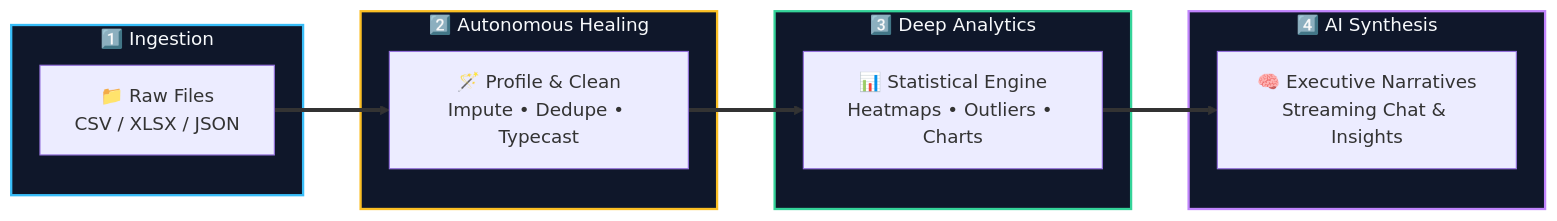
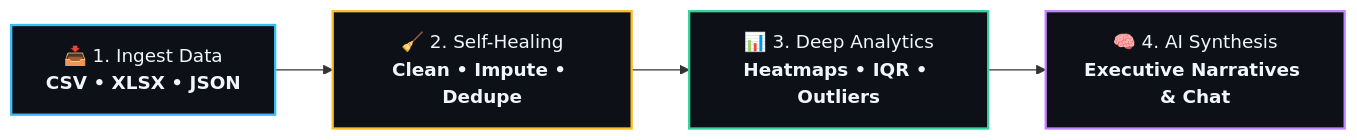
One commit to s1Siddharth/HackMee changed the first of 2 diagrams in README.md. Above: the diagram before and after it, drawn with Mermaid. The commit also changed other lines of this file, not shown here.

Commit message:
docs: Redesign README with bold UI-matched capabilities, custom headers, and sleek flowcharts

````diff
--- a/README.md
+++ b/README.md
@@ -94,25 +102,12 @@
 ```mermaid
 flowchart LR
-    subgraph S1 ["1️⃣ Ingestion"]
-        A["📁 Raw Files<br>CSV / XLSX / JSON"]
-    end
+    A["📥 1. Ingest Data<br><b>CSV • XLSX • JSON</b>"] 
+    --> B["🧹 2. Self-Healing<br><b>Clean • Impute • Dedupe</b>"]
+    --> C["📊 3. Deep Analytics<br><b>Heatmaps • IQR • Outliers</b>"]
+    --> D["🧠 4. AI Synthesis<br><b>Executive Narratives & Chat</b>"]
 
-    subgraph S2 ["2️⃣ Autonomous Healing"]
-        B["🪄 Profile & Clean<br>Impute • Dedupe • Typecast"]
-    end
-
-    subgraph S3 ["3️⃣ Deep Analytics"]
-        C["📊 Statistical Engine<br>Heatmaps • Outliers • Charts"]
-    end
-
-    subgraph S4 ["4️⃣ AI Synthesis"]
-        D["🧠 Executive Narratives<br>Streaming Chat & Insights"]
-    end
-
-    A ==> B ==> C ==> D
-
-    style S1 fill:#0f172a,stroke:#38bdf8,stroke-width:2px,color:#f8fafc
-    style S2 fill:#0f172a,stroke:#fbbf24,stroke-width:2px,color:#f8fafc
-    style S3 fill:#0f172a,stroke:#34d399,stroke-width:2px,color:#f8fafc
-    style S4 fill:#0f172a,stroke:#c084fc,stroke-width:2px,color:#f8fafc
+    style A fill:#0d1117,stroke:#38bdf8,stroke-width:2px,color:#f0f6fc
+    style B fill:#0d1117,stroke:#fbbf24,stroke-width:2px,color:#f0f6fc
+    style C fill:#0d1117,stroke:#34d399,stroke-width:2px,color:#f0f6fc
+    style D fill:#0d1117,stroke:#c084fc,stroke-width:2px,color:#f0f6fc
 ```
````
